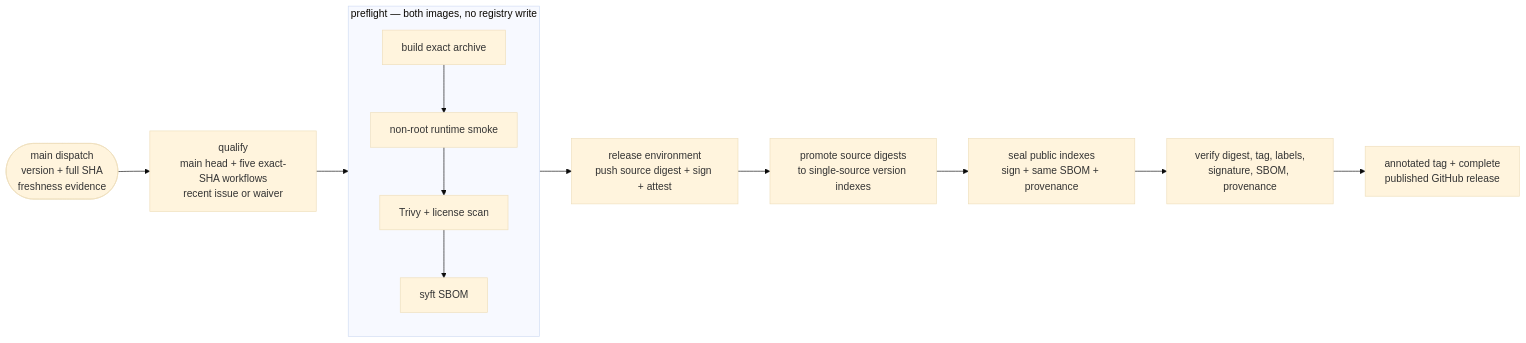
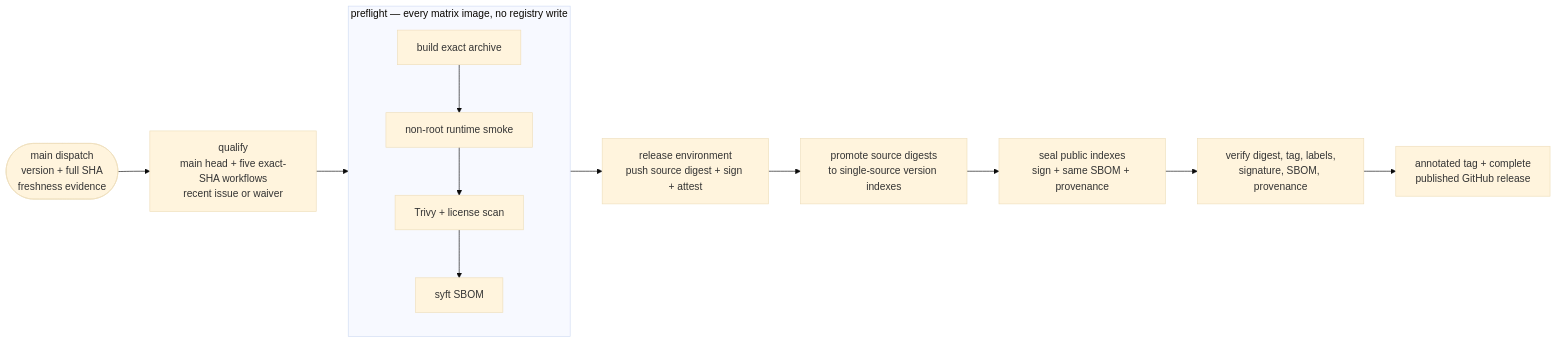
The diagram in content/8. Community/8.2. Releases.md (LuiGGi629/agentops-open-course), drawn with Mermaid (base theme) before and after one commit. The commit also changed other lines of this file and 88 other files, not shown here.

````diff
--- a/content/8. Community/8.2. Releases.md
+++ b/content/8. Community/8.2. Releases.md
@@ -123,14 +123,14 @@
 ```mermaid
 flowchart LR
     Dispatch(["main dispatch<br/>version + full SHA<br/>freshness evidence"]) --> Qualify["qualify<br/>main head + five exact-SHA workflows<br/>recent issue or waiver"]
     Qualify --> Preflight
-    subgraph Preflight["preflight — both images, no registry write"]
+    subgraph Preflight["preflight — every matrix image, no registry write"]
         direction TB
         B["build exact archive"] --> Smoke["non-root runtime smoke"] --> Scan["Trivy + license scan"] --> SBOM["syft SBOM"]
     end
     Preflight --> Publish["release environment<br/>push source digest + sign + attest"]
     Publish --> Promote["promote source digests<br/>to single-source version indexes"]
     Promote --> Seal["seal public indexes<br/>sign + same SBOM + provenance"]
     Seal --> Verify["verify digest, tag, labels,<br/>signature, SBOM, provenance"]
     Verify --> Release["annotated tag + complete<br/>published GitHub release"]
 ```
````
